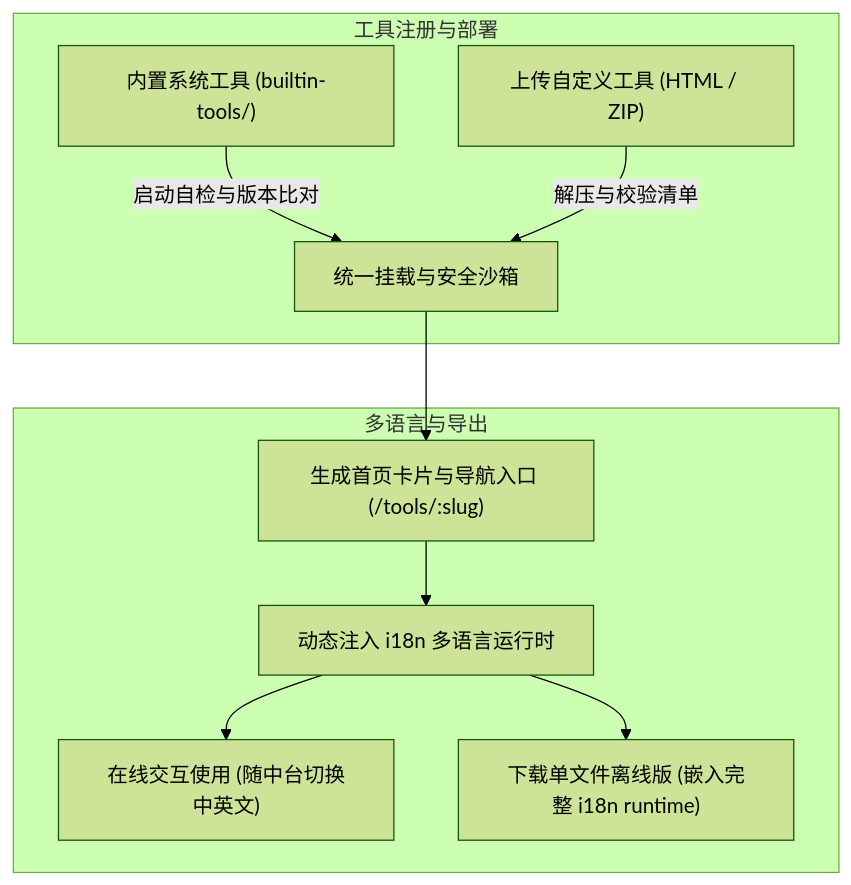
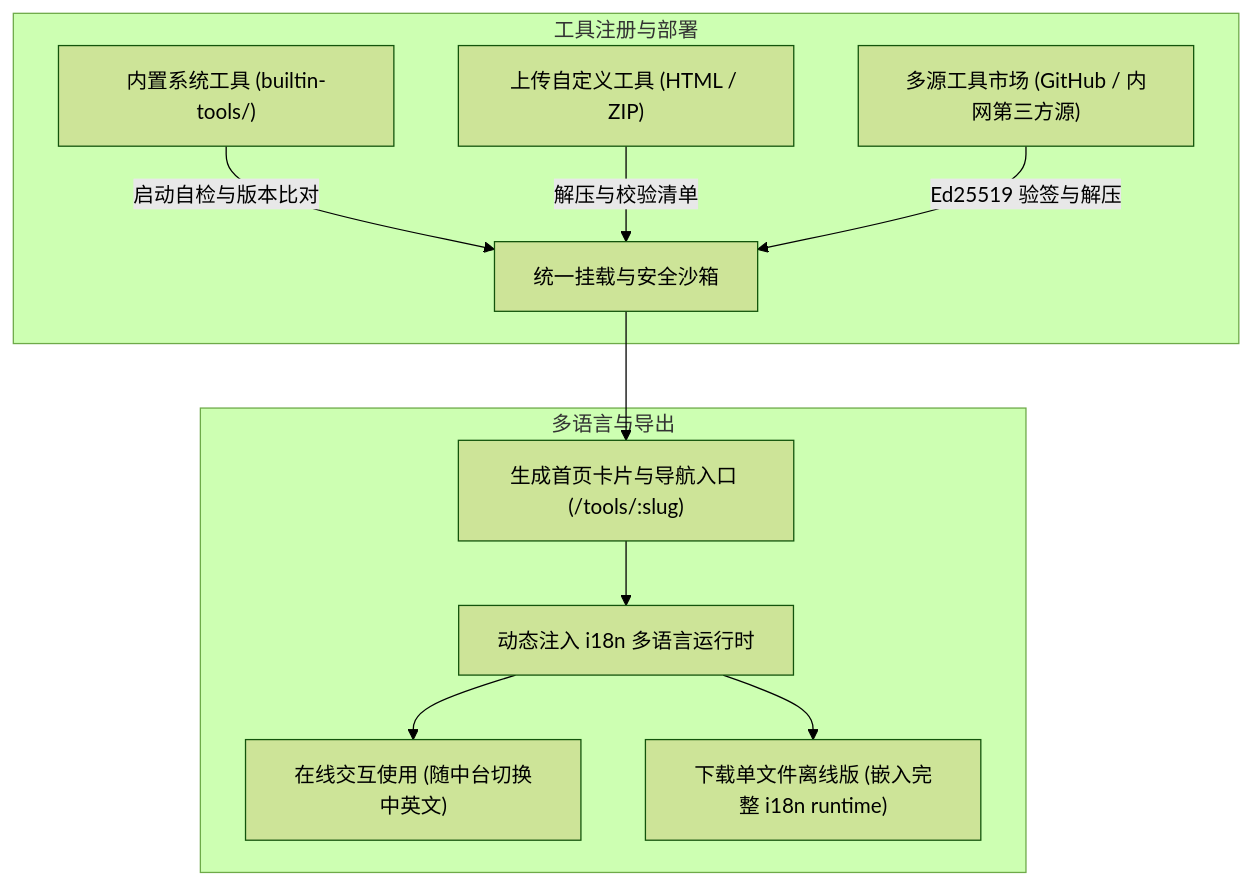
The sixth of 16 diagrams in tools-platform/README.md (fanxiaolongx-max/privacy-policy), drawn with Mermaid (forest theme) before and after one commit. The commit also changed other lines of this file and 1 other file, not shown here.

Commit message:
docs: 全面同步刷新平台能力全景、月报工作区、Dragon Claw智能体与Schema字典

````diff
--- a/tools-platform/README.md
+++ b/tools-platform/README.md
@@ -498,13 +539,14 @@
 ```mermaid
 flowchart TD
     subgraph 工具接入["工具注册与部署"]
         T1["内置系统工具 (builtin-tools/)"] -->|启动自检与版本比对| T3["统一挂载与安全沙箱"]
         T2["上传自定义工具 (HTML / ZIP)"] -->|解压与校验清单| T3
+        T0["多源工具市场 (GitHub / 内网第三方源)"] -->|Ed25519 验签与解压| T3
     end
     subgraph 运行时与分发["多语言与导出"]
         T3 --> T4["生成首页卡片与导航入口 (/tools/:slug)"]
         T4 --> T5["动态注入 i18n 多语言运行时"]
         T5 --> T6["在线交互使用 (随中台切换中英文)"]
         T5 --> T7["下载单文件离线版 (嵌入完整 i18n runtime)"]
     end
 ```
````
